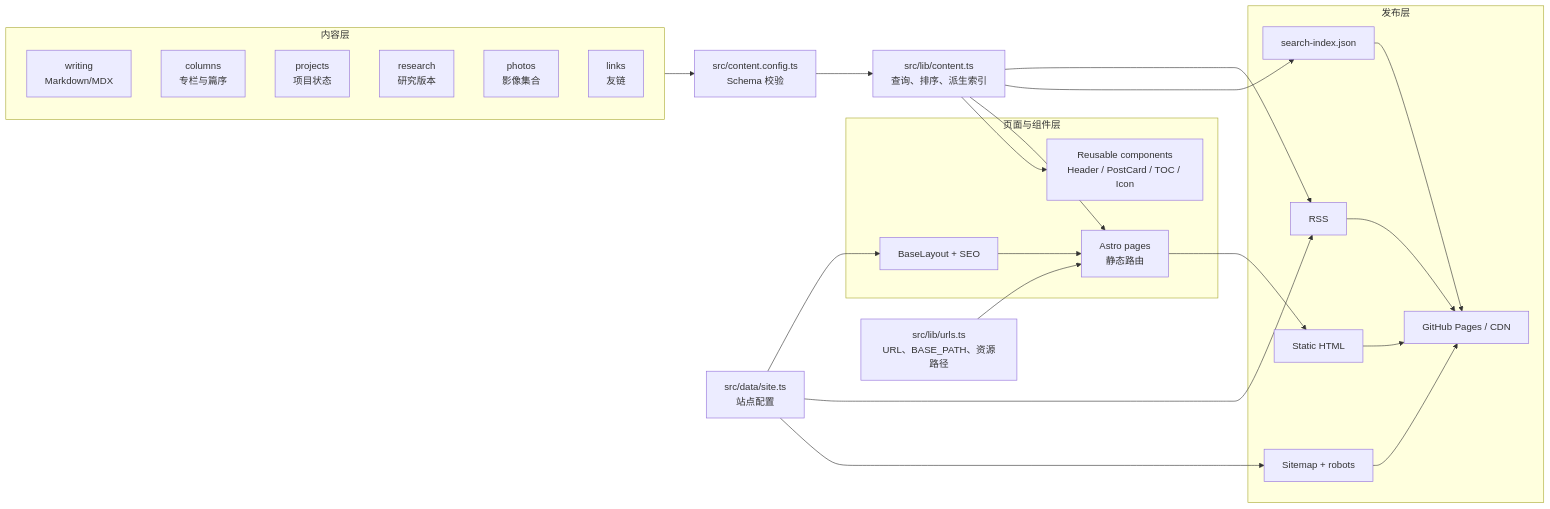
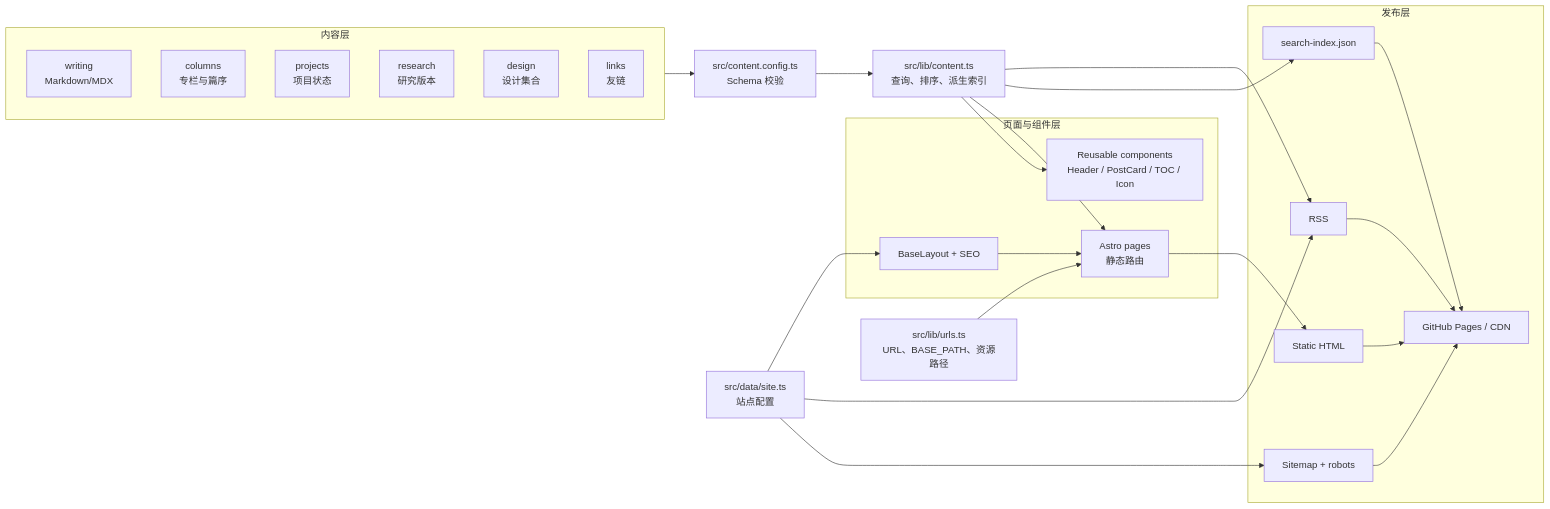
The first of 2 diagrams in PROJECT.md (Chartreuse310/blog-ctz-v3), drawn with Mermaid before and after one commit. The commit also changed other lines of this file and 11 other files, not shown here.

````diff
--- a/PROJECT.md
+++ b/PROJECT.md
@@ -121,46 +121,46 @@
 ```mermaid
 flowchart LR
   subgraph Content[内容层]
     W[writing\nMarkdown/MDX]
     C[columns\n专栏与篇序]
     P[projects\n项目状态]
     R[research\n研究版本]
-    G[photos\n影像集合]
+    G[design\n设计集合]
     L[links\n友链]
   end
 
   S[src/content.config.ts\nSchema 校验]
   Q[src/lib/content.ts\n查询、排序、派生索引]
   D[src/data/site.ts\n站点配置]
   U[src/lib/urls.ts\nURL、BASE_PATH、资源路径]
 
   subgraph UI[页面与组件层]
     Layout[BaseLayout + SEO]
     Pages[Astro pages\n静态路由]
     Components[Reusable components\nHeader / PostCard / TOC / Icon]
   end
 
   subgraph Publish[发布层]
     HTML[Static HTML]
     Feed[RSS]
     Map[Sitemap + robots]
     Search[search-index.json]
     GH[GitHub Pages / CDN]
   end
 
   Content --> S --> Q
   D --> Layout
   U --> Pages
   Q --> Pages
   Q --> Components
   Layout --> Pages
   Pages --> HTML
   Q --> Feed
   D --> Feed
   D --> Map
   Q --> Search
   HTML --> GH
   Feed --> GH
   Map --> GH
   Search --> GH
 ```
````
